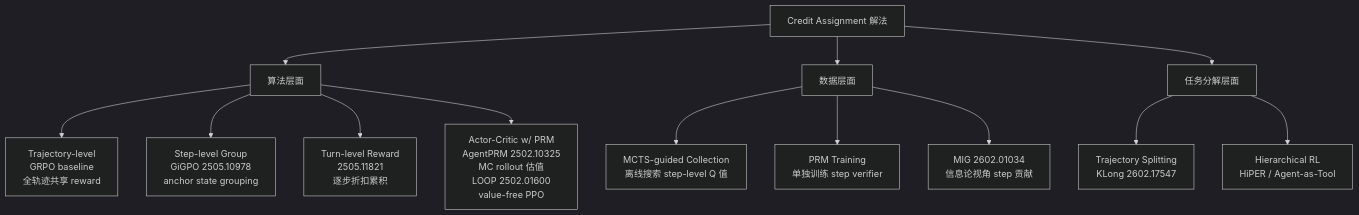
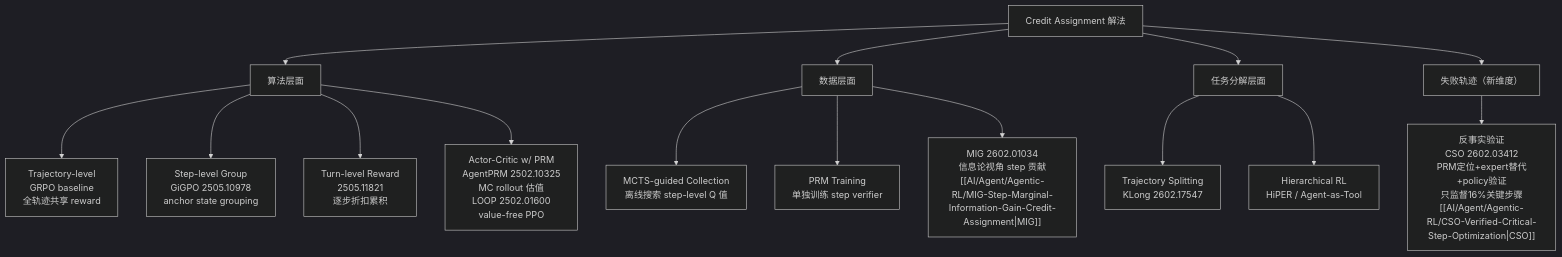
The second of 5 diagrams in AI/Agent/Agentic-RL/Long-Horizon-Credit-Assignment专题.md (zhangjunmengyang/morpheus-vault), drawn with Mermaid (dark theme) before and after one commit. The commit also changed other lines of this file and 598 other files, not shown here.

````diff
--- a/AI/Agent/Agentic-RL/Long-Horizon-Credit-Assignment专题.md
+++ b/AI/Agent/Agentic-RL/Long-Horizon-Credit-Assignment专题.md
@@ -76,18 +76,21 @@
 ```mermaid
 graph TD
     A[Credit Assignment 解法] --> B[算法层面]
     A --> C[数据层面]
     A --> D[任务分解层面]
 
     B --> B1["Trajectory-level\nGRPO baseline\n全轨迹共享 reward"]
     B --> B2["Step-level Group\nGiGPO 2505.10978\nanchor state grouping"]
     B --> B3["Turn-level Reward\n2505.11821\n逐步折扣累积"]
     B --> B4["Actor-Critic w/ PRM\nAgentPRM 2502.10325\nMC rollout 估值\nLOOP 2502.01600\nvalue-free PPO"]
 
     C --> C1["MCTS-guided Collection\n离线搜索 step-level Q 值"]
     C --> C2["PRM Training\n单独训练 step verifier"]
-    C --> C3["MIG 2602.01034\n信息论视角 step 贡献"]
+    C --> C3["MIG 2602.01034\n信息论视角 step 贡献\n[[AI/Agent/Agentic-RL/MIG-Step-Marginal-Information-Gain-Credit-Assignment|MIG]]"]
 
     D --> D1["Trajectory Splitting\nKLong 2602.17547"]
     D --> D2["Hierarchical RL\nHiPER / Agent-as-Tool"]
+
+    A --> E[失败轨迹（新维度）]
+    E --> E1["反事实验证\nCSO 2602.03412\nPRM定位+expert替代+policy验证\n只监督16%关键步骤\n[[AI/Agent/Agentic-RL/CSO-Verified-Critical-Step-Optimization|CSO]]"]
 ```
````
